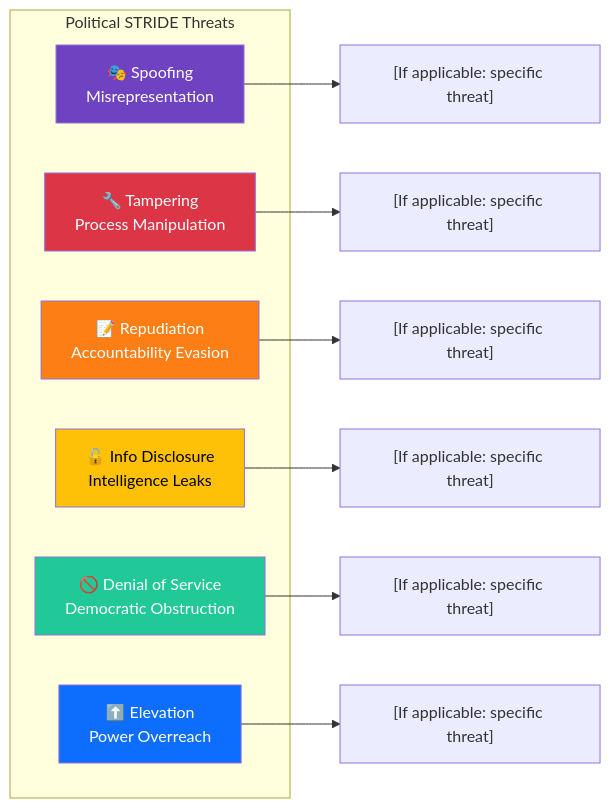
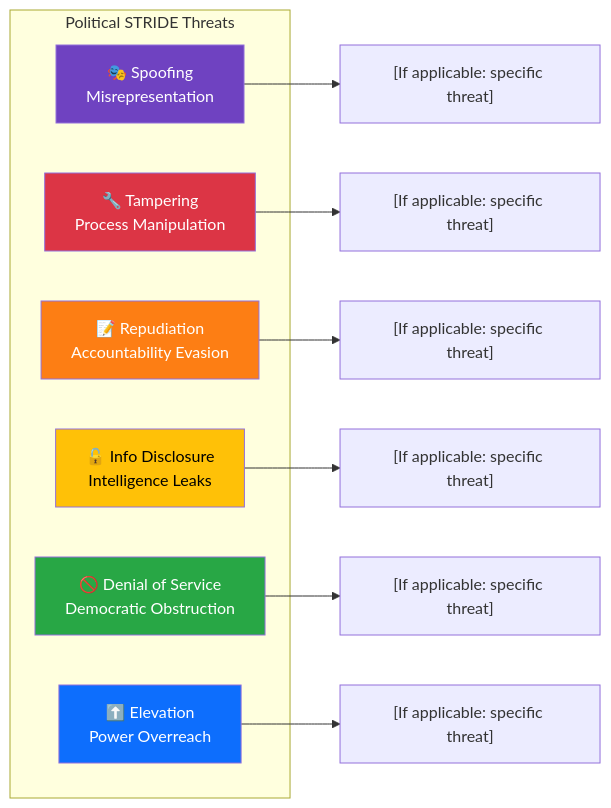
The fourth of 5 diagrams in analysis/templates/per-file-political-intelligence.md (Hack23/riksdagsmonitor), drawn with Mermaid before and after one commit. The commit also changed other lines of this file and 2 other files, not shown here.

Commit message:
fix: normalize POSIX paths, locale-independent sort, align palette colors, fix output path doc
- Normalize path/analysisPath to forward slashes via split(path.sep).join('/')
- Replace localeCompare() with simple < / > string compare for stable collation
- Fix STRIDE diagram D color #20c997 → #28a745 (standard palette)
- Fix output path in Document Control to reference actual layout
- Add grey (#6c757d) to standard Mermaid palette for neutral/archive/routine

Agent-Logs-Url: https://github.com/Hack23/riksdagsmonitor/sessions/f08ef502-ab18-48f1-b8a4-477dacc5c3be

````diff
--- a/analysis/templates/per-file-political-intelligence.md
+++ b/analysis/templates/per-file-political-intelligence.md
@@ -189,25 +189,25 @@
 ```mermaid
 graph LR
     subgraph "Political STRIDE Threats"
         S["🎭 Spoofing<br/>Misrepresentation"]
         T["🔧 Tampering<br/>Process Manipulation"]
         R["📝 Repudiation<br/>Accountability Evasion"]
         I["🔓 Info Disclosure<br/>Intelligence Leaks"]
         D["🚫 Denial of Service<br/>Democratic Obstruction"]
         E["⬆️ Elevation<br/>Power Overreach"]
     end
     
     S --> S1["[If applicable: specific threat]"]
     T --> T1["[If applicable: specific threat]"]
     R --> R1["[If applicable: specific threat]"]
     I --> I1["[If applicable: specific threat]"]
     D --> D1["[If applicable: specific threat]"]
     E --> E1["[If applicable: specific threat]"]
     
     style S fill:#6f42c1,color:#fff
     style T fill:#dc3545,color:#fff
     style R fill:#fd7e14,color:#fff
     style I fill:#ffc107,color:#000
-    style D fill:#20c997,color:#fff
+    style D fill:#28a745,color:#fff
     style E fill:#0d6efd,color:#fff
 ```
````
